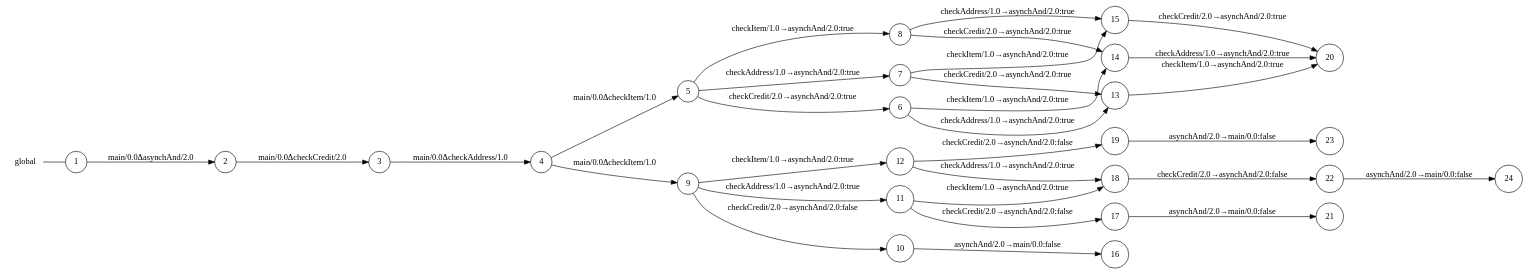
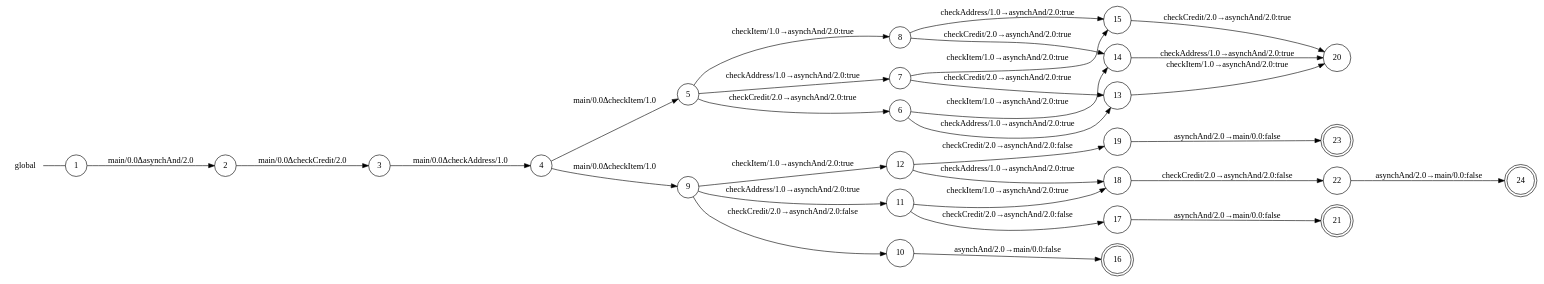
The diagram in examples/cauder_suite/purchase/main_0_global_view.dot (gabrielegenovese/chorer), drawn with Graphviz before and after one commit. The commit also changed 6 other files, not shown here.

```diff
--- a/examples/cauder_suite/purchase/main_0_global_view.dot
+++ b/examples/cauder_suite/purchase/main_0_global_view.dot
@@ -1,59 +1,59 @@
 digraph global {
 	rankdir="LR";
 	n_0 [label="global", shape="plaintext"];
 	n_1 [id="20", shape=circle, label="20"];
-	n_2 [id="23", shape=circle, label="23"];
+	n_2 [id="23", shape=doublecircle, label="23"];
 	n_3 [id="5", shape=circle, label="5"];
 	n_4 [id="15", shape=circle, label="15"];
 	n_5 [id="19", shape=circle, label="19"];
 	n_6 [id="12", shape=circle, label="12"];
 	n_7 [id="11", shape=circle, label="11"];
 	n_8 [id="17", shape=circle, label="17"];
 	n_9 [id="18", shape=circle, label="18"];
 	n_10 [id="14", shape=circle, label="14"];
 	n_11 [id="6", shape=circle, label="6"];
 	n_12 [id="13", shape=circle, label="13"];
-	n_13 [id="24", shape=circle, label="24"];
+	n_13 [id="24", shape=doublecircle, label="24"];
 	n_14 [id="10", shape=circle, label="10"];
 	n_15 [id="22", shape=circle, label="22"];
 	n_16 [id="1", shape=circle, label="1"];
 	n_0 -> n_16 [arrowhead=none];
 	n_17 [id="9", shape=circle, label="9"];
 	n_18 [id="2", shape=circle, label="2"];
-	n_19 [id="21", shape=circle, label="21"];
+	n_19 [id="21", shape=doublecircle, label="21"];
 	n_20 [id="8", shape=circle, label="8"];
 	n_21 [id="4", shape=circle, label="4"];
 	n_22 [id="7", shape=circle, label="7"];
 	n_23 [id="3", shape=circle, label="3"];
-	n_24 [id="16", shape=circle, label="16"];
+	n_24 [id="16", shape=doublecircle, label="16"];
 
+	n_6 -> n_5 [id="[$e|20]", label="checkCredit/2.0→asynchAnd/2.0:false"];
+	n_18 -> n_23 [id="[$e|1]", label="main/0.0ΔcheckCredit/2.0"];
+	n_15 -> n_13 [id="[$e|28]", label="asynchAnd/2.0→main/0.0:false"];
 	n_9 -> n_15 [id="[$e|26]", label="checkCredit/2.0→asynchAnd/2.0:false"];
-	n_20 -> n_4 [id="[$e|16]", label="checkAddress/1.0→asynchAnd/2.0:true"];
-	n_6 -> n_5 [id="[$e|20]", label="checkCredit/2.0→asynchAnd/2.0:false"];
-	n_21 -> n_3 [id="[$e|3]", label="main/0.0ΔcheckItem/1.0"];
+	n_5 -> n_2 [id="[$e|27]", label="asynchAnd/2.0→main/0.0:false"];
+	n_22 -> n_12 [id="[$e|13]", label="checkCredit/2.0→asynchAnd/2.0:true"];
+	n_10 -> n_1 [id="[$e|23]", label="checkAddress/1.0→asynchAnd/2.0:true"];
+	n_17 -> n_7 [id="[$e|9]", label="checkAddress/1.0→asynchAnd/2.0:true"];
 	n_17 -> n_14 [id="[$e|8]", label="checkCredit/2.0→asynchAnd/2.0:false"];
 	n_23 -> n_21 [id="[$e|2]", label="main/0.0ΔcheckAddress/1.0"];
+	n_3 -> n_20 [id="[$e|6]", label="checkItem/1.0→asynchAnd/2.0:true"];
+	n_21 -> n_3 [id="[$e|3]", label="main/0.0ΔcheckItem/1.0"];
+	n_16 -> n_18 [id="[$e|0]", label="main/0.0ΔasynchAnd/2.0"];
+	n_11 -> n_12 [id="[$e|11]", label="checkAddress/1.0→asynchAnd/2.0:true"];
+	n_14 -> n_24 [id="[$e|17]", label="asynchAnd/2.0→main/0.0:false"];
+	n_20 -> n_10 [id="[$e|15]", label="checkCredit/2.0→asynchAnd/2.0:true"];
+	n_3 -> n_11 [id="[$e|4]", label="checkCredit/2.0→asynchAnd/2.0:true"];
+	n_8 -> n_19 [id="[$e|25]", label="asynchAnd/2.0→main/0.0:false"];
+	n_4 -> n_1 [id="[$e|24]", label="checkCredit/2.0→asynchAnd/2.0:true"];
+	n_20 -> n_4 [id="[$e|16]", label="checkAddress/1.0→asynchAnd/2.0:true"];
+	n_7 -> n_8 [id="[$e|18]", label="checkCredit/2.0→asynchAnd/2.0:false"];
+	n_3 -> n_22 [id="[$e|5]", label="checkAddress/1.0→asynchAnd/2.0:true"];
 	n_22 -> n_4 [id="[$e|14]", label="checkItem/1.0→asynchAnd/2.0:true"];
-	n_15 -> n_13 [id="[$e|28]", label="asynchAnd/2.0→main/0.0:false"];
-	n_3 -> n_20 [id="[$e|6]", label="checkItem/1.0→asynchAnd/2.0:true"];
+	n_6 -> n_9 [id="[$e|21]", label="checkAddress/1.0→asynchAnd/2.0:true"];
+	n_12 -> n_1 [id="[$e|22]", label="checkItem/1.0→asynchAnd/2.0:true"];
 	n_11 -> n_10 [id="[$e|12]", label="checkItem/1.0→asynchAnd/2.0:true"];
-	n_20 -> n_10 [id="[$e|15]", label="checkCredit/2.0→asynchAnd/2.0:true"];
-	n_5 -> n_2 [id="[$e|27]", label="asynchAnd/2.0→main/0.0:false"];
-	n_3 -> n_22 [id="[$e|5]", label="checkAddress/1.0→asynchAnd/2.0:true"];
-	n_11 -> n_12 [id="[$e|11]", label="checkAddress/1.0→asynchAnd/2.0:true"];
-	n_6 -> n_9 [id="[$e|21]", label="checkAddress/1.0→asynchAnd/2.0:true"];
-	n_17 -> n_7 [id="[$e|9]", label="checkAddress/1.0→asynchAnd/2.0:true"];
-	n_8 -> n_19 [id="[$e|25]", label="asynchAnd/2.0→main/0.0:false"];
-	n_18 -> n_23 [id="[$e|1]", label="main/0.0ΔcheckCredit/2.0"];
-	n_3 -> n_11 [id="[$e|4]", label="checkCredit/2.0→asynchAnd/2.0:true"];
-	n_7 -> n_8 [id="[$e|18]", label="checkCredit/2.0→asynchAnd/2.0:false"];
-	n_22 -> n_12 [id="[$e|13]", label="checkCredit/2.0→asynchAnd/2.0:true"];
-	n_4 -> n_1 [id="[$e|24]", label="checkCredit/2.0→asynchAnd/2.0:true"];
-	n_14 -> n_24 [id="[$e|17]", label="asynchAnd/2.0→main/0.0:false"];
-	n_12 -> n_1 [id="[$e|22]", label="checkItem/1.0→asynchAnd/2.0:true"];
-	n_16 -> n_18 [id="[$e|0]", label="main/0.0ΔasynchAnd/2.0"];
-	n_10 -> n_1 [id="[$e|23]", label="checkAddress/1.0→asynchAnd/2.0:true"];
 	n_21 -> n_17 [id="[$e|7]", label="main/0.0ΔcheckItem/1.0"];
 	n_7 -> n_9 [id="[$e|19]", label="checkItem/1.0→asynchAnd/2.0:true"];
 	n_17 -> n_6 [id="[$e|10]", label="checkItem/1.0→asynchAnd/2.0:true"];
 }
```
